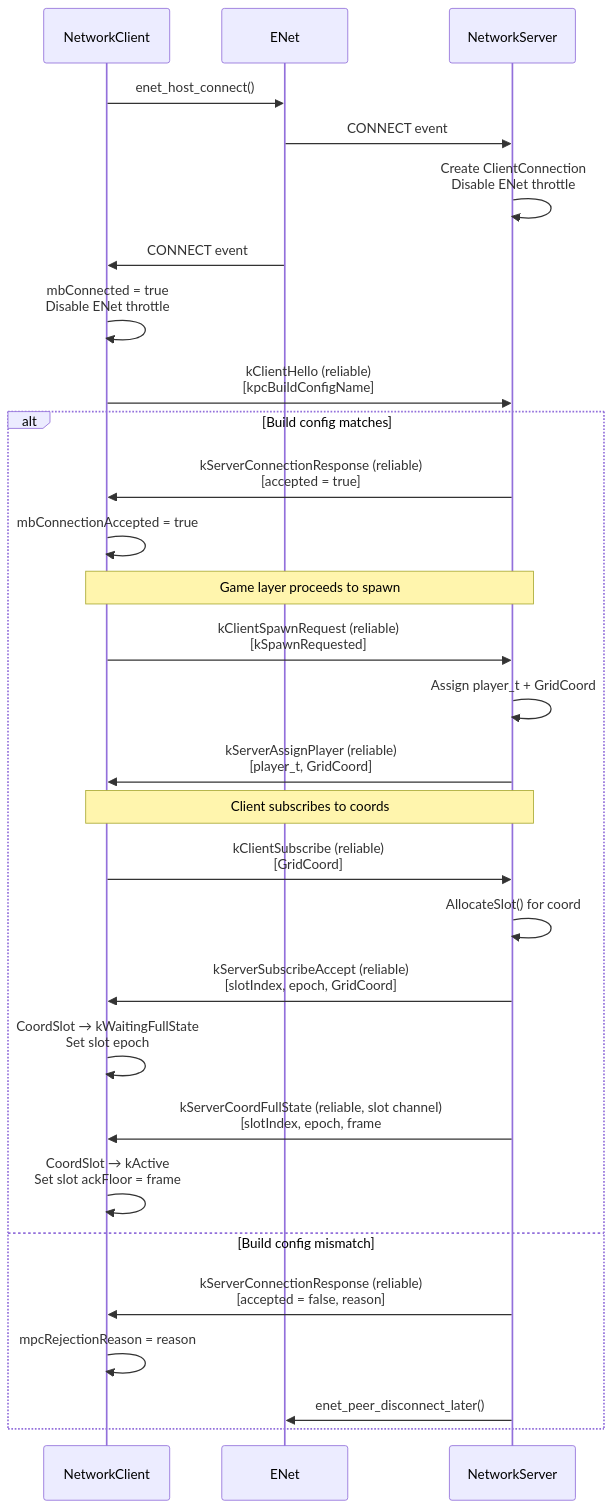
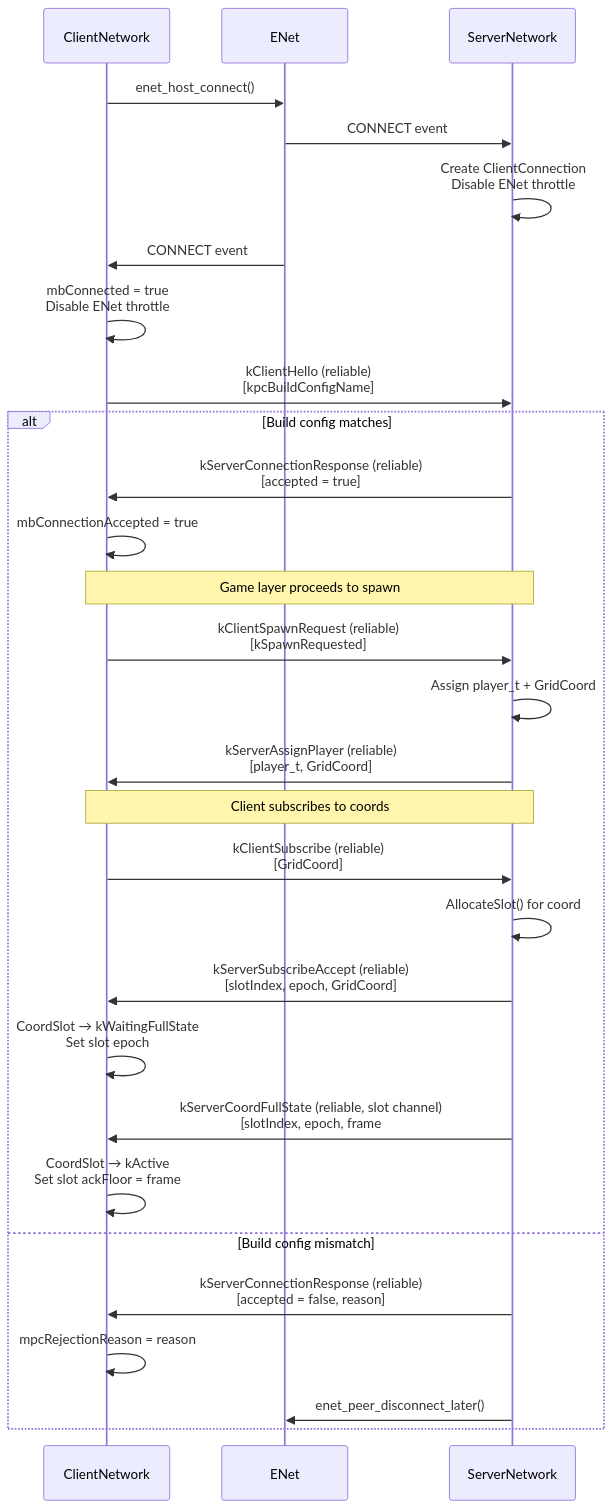
One commit to DougTanner/BrokenEnginePublic changed the second of 6 diagrams in Documents/Architecture/Network.md. Above: the diagram before and after it, drawn with Mermaid. The commit also changed other lines of this file and 66 other files, not shown here.

````diff
--- a/Documents/Architecture/Network.md
+++ b/Documents/Architecture/Network.md
@@ -64,36 +64,36 @@
 ```mermaid
 %%{init: {'theme': 'default'}}%%
 sequenceDiagram
-    participant C as NetworkClient
+    participant C as ClientNetwork
     participant E as ENet
-    participant S as NetworkServer
+    participant S as ServerNetwork
 
     C->>E: enet_host_connect()
     E->>S: CONNECT event
     S->>S: Create ClientConnection<br/>Disable ENet throttle
 
     E->>C: CONNECT event
     C->>C: mbConnected = true<br/>Disable ENet throttle
 
     C->>S: kClientHello (reliable)<br/>[kpcBuildConfigName]
 
     alt Build config matches
         S->>C: kServerConnectionResponse (reliable)<br/>[accepted = true]
         C->>C: mbConnectionAccepted = true
         Note over C,S: Game layer proceeds to spawn
         C->>S: kClientSpawnRequest (reliable)<br/>[kSpawnRequested]
         S->>S: Assign player_t + GridCoord
         S->>C: kServerAssignPlayer (reliable)<br/>[player_t, GridCoord]
         Note over C,S: Client subscribes to coords
         C->>S: kClientSubscribe (reliable)<br/>[GridCoord]
         S->>S: AllocateSlot() for coord
         S->>C: kServerSubscribeAccept (reliable)<br/>[slotIndex, epoch, GridCoord]
         C->>C: CoordSlot → kWaitingFullState<br/>Set slot epoch
         S->>C: kServerCoordFullState (reliable, slot channel)<br/>[slotIndex, epoch, frame#, coord, LZ4-compressed Frame]
         C->>C: CoordSlot → kActive<br/>Set slot ackFloor = frame#, epoch
     else Build config mismatch
         S->>C: kServerConnectionResponse (reliable)<br/>[accepted = false, reason]
         C->>C: mpcRejectionReason = reason
         S->>E: enet_peer_disconnect_later()
     end
 ```
````
